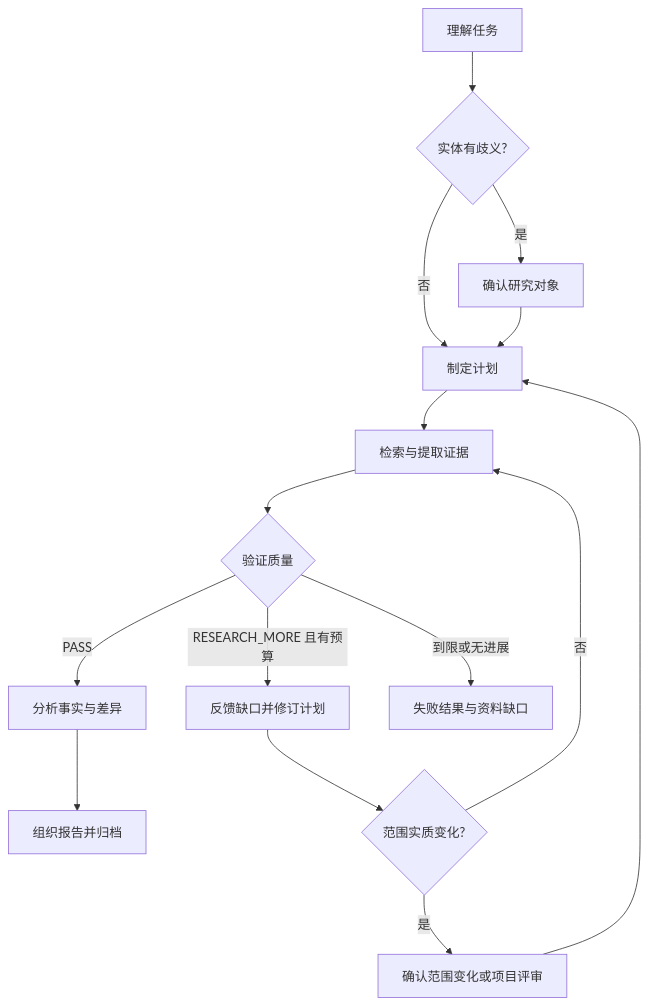
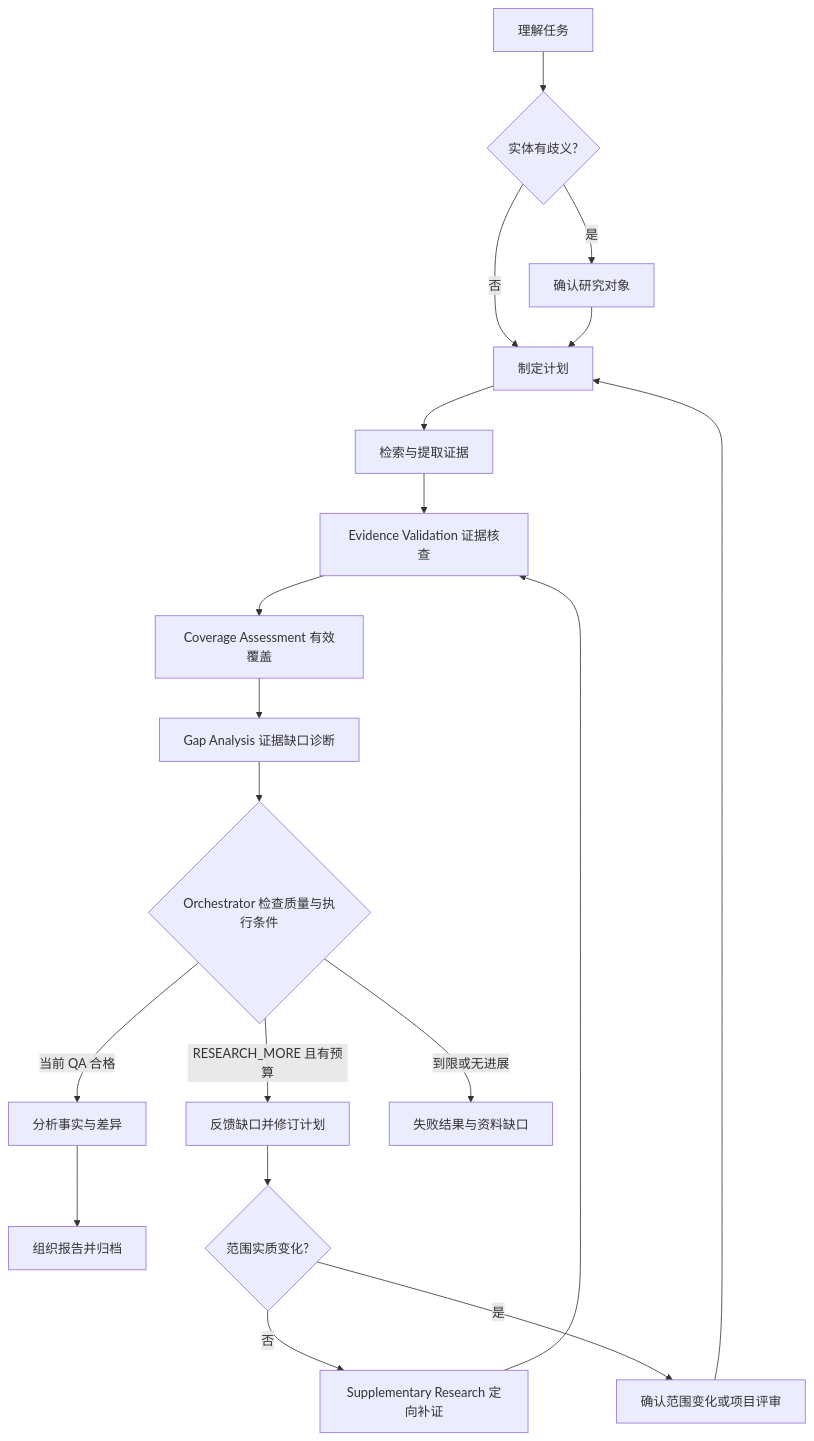
The diagram in skills/steal-her-heart/TASK_SPEC.md (sakura1412/steal-her-heart), drawn with Mermaid before and after one commit. The commit also changed other lines of this file and 27 other files, not shown here.

Commit message:
docs: define research architecture and product rules through v0.30

````diff
--- a/skills/steal-her-heart/TASK_SPEC.md
+++ b/skills/steal-her-heart/TASK_SPEC.md
@@ -146,17 +335,21 @@
 ```mermaid
 flowchart TD
   A[理解任务] --> B{实体有歧义?}
   B -->|是| C[确认研究对象]
   B -->|否| D[制定计划]
   C --> D
   D --> F[检索与提取证据]
-  F --> G{验证质量}
-  G -->|PASS| H[分析事实与差异]
+  F --> V[Evidence Validation 证据核查]
+  V --> W[Coverage Assessment 有效覆盖]
+  W --> X[Gap Analysis 证据缺口诊断]
+  X --> G{Orchestrator 检查质量与执行条件}
+  G -->|当前 QA 合格| H[分析事实与差异]
   H --> I[组织报告并归档]
   G -->|RESEARCH_MORE 且有预算| J[反馈缺口并修订计划]
   J --> K{范围实质变化?}
-  K -->|否| F
+  K -->|否| S[Supplementary Research 定向补证]
+  S --> V
   K -->|是| E[确认范围变化或项目评审]
   E --> D
   G -->|到限或无进展| L[失败结果与资料缺口]
 ```
````
